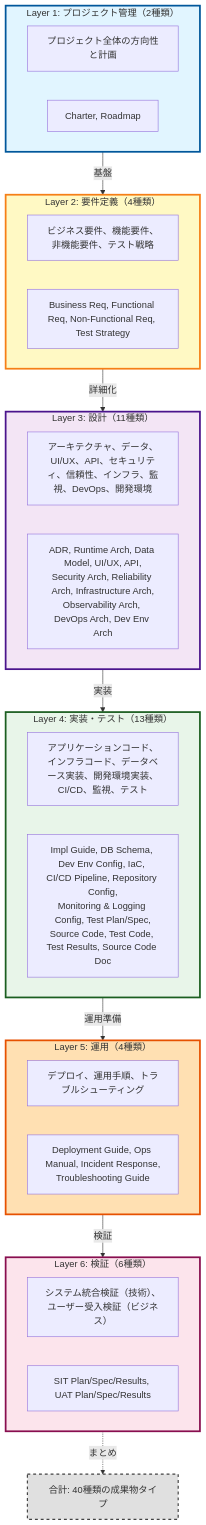
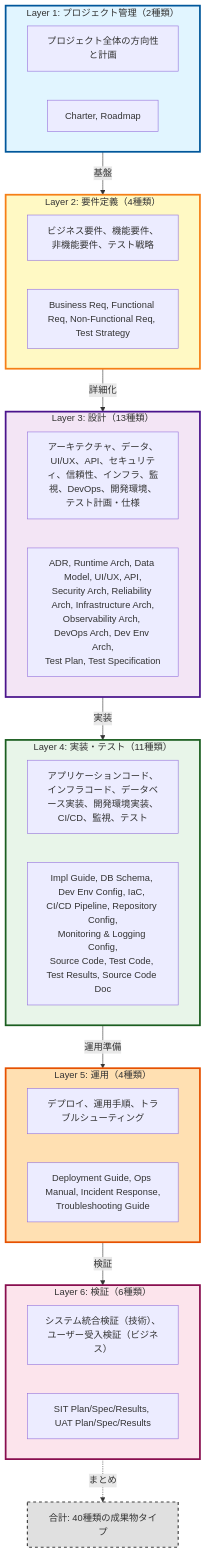
The diagram in specs/artifact-overview.md (mahitotsu/ukiyoue), drawn with Mermaid before and after one commit. The commit also changed other lines of this file and 2 other files, not shown here.

Commit message:
refactor: Test PlanとTest SpecificationをLayer 3に移動
- Test PlanとTest Specificationは設計文書（実装コードではない）
- Layer 3（設計）に移動: 11種類 → 13種類
- Layer 4（実装・テスト）から削除: 13種類 → 11種類
- 識別子を IMPL-* から ARCH-* に変更
- artifact-definitions.md: 定義を Layer 3 に移動
- artifact-overview.md: レイヤー数とサマリーを更新
- artifact-relationships.md: 依存関係グラフ、classDef、Ganttチャートを更新
- ADR-005は修正不要（Test Planは設計文書としてJSON化対象）

````diff
--- a/specs/artifact-overview.md
+++ b/specs/artifact-overview.md
@@ -33,58 +33,58 @@
 ```mermaid
 graph TD
     subgraph Layer1["Layer 1: プロジェクト管理（2種類）"]
         L1_desc["プロジェクト全体の方向性と計画"]
         L1_docs["Charter, Roadmap"]
     end
 
     subgraph Layer2["Layer 2: 要件定義（4種類）"]
         L2_desc["ビジネス要件、機能要件、非機能要件、テスト戦略"]
         L2_docs["Business Req, Functional Req, Non-Functional Req, Test Strategy"]
     end
 
-    subgraph Layer3["Layer 3: 設計（11種類）"]
-        L3_desc["アーキテクチャ、データ、UI/UX、API、セキュリティ、信頼性、インフラ、監視、DevOps、開発環境"]
-        L3_docs["ADR, Runtime Arch, Data Model, UI/UX, API,<br/>Security Arch, Reliability Arch, Infrastructure Arch,<br/>Observability Arch, DevOps Arch, Dev Env Arch"]
+    subgraph Layer3["Layer 3: 設計（13種類）"]
+        L3_desc["アーキテクチャ、データ、UI/UX、API、セキュリティ、信頼性、インフラ、監視、DevOps、開発環境、テスト計画・仕様"]
+        L3_docs["ADR, Runtime Arch, Data Model, UI/UX, API,<br/>Security Arch, Reliability Arch, Infrastructure Arch,<br/>Observability Arch, DevOps Arch, Dev Env Arch,<br/>Test Plan, Test Specification"]
     end
 
-    subgraph Layer4["Layer 4: 実装・テスト（13種類）"]
+    subgraph Layer4["Layer 4: 実装・テスト（11種類）"]
         L4_desc["アプリケーションコード、インフラコード、データベース実装、開発環境実装、CI/CD、監視、テスト"]
-        L4_docs["Impl Guide, DB Schema, Dev Env Config, IaC, CI/CD Pipeline, Repository Config,<br/>Monitoring & Logging Config, Test Plan/Spec,<br/>Source Code, Test Code, Test Results, Source Code Doc"]
+        L4_docs["Impl Guide, DB Schema, Dev Env Config, IaC, CI/CD Pipeline, Repository Config,<br/>Monitoring & Logging Config,<br/>Source Code, Test Code, Test Results, Source Code Doc"]
     end
 
     subgraph Layer5["Layer 5: 運用（4種類）"]
         L5_desc["デプロイ、運用手順、トラブルシューティング"]
         L5_docs["Deployment Guide, Ops Manual, Incident Response,<br/>Troubleshooting Guide"]
     end
 
     subgraph Layer6["Layer 6: 検証（6種類）"]
         L6_desc["システム統合検証（技術）、ユーザー受入検証（ビジネス）"]
         L6_docs["SIT Plan/Spec/Results, UAT Plan/Spec/Results"]
     end
 
     Layer1 -->|"基盤"| Layer2
     Layer2 -->|"詳細化"| Layer3
     Layer3 -->|"実装"| Layer4
     Layer4 -->|"運用準備"| Layer5
     Layer5 -->|"検証"| Layer6
 
     Total["合計: 40種類の成果物タイプ"]
 
     Layer6 -.->|"まとめ"| Total
 
     classDef layer1Style fill:#e1f5ff,stroke:#01579b,stroke-width:3px
     classDef layer2Style fill:#fff9c4,stroke:#f57f17,stroke-width:3px
     classDef layer3Style fill:#f3e5f5,stroke:#4a148c,stroke-width:3px
     classDef layer4Style fill:#e8f5e9,stroke:#1b5e20,stroke-width:3px
     classDef layer5Style fill:#ffe0b2,stroke:#e65100,stroke-width:3px
     classDef layer6Style fill:#fce4ec,stroke:#880e4f,stroke-width:3px
     classDef totalStyle fill:#e0e0e0,stroke:#424242,stroke-width:2px,stroke-dasharray: 5 5
 
     class Layer1 layer1Style
     class Layer2 layer2Style
     class Layer3 layer3Style
     class Layer4 layer4Style
     class Layer5 layer5Style
     class Layer6 layer6Style
     class Total totalStyle
 ```
````
